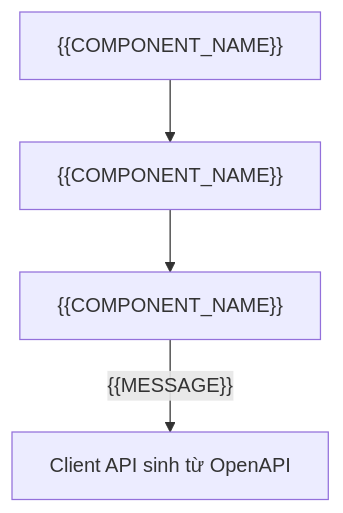
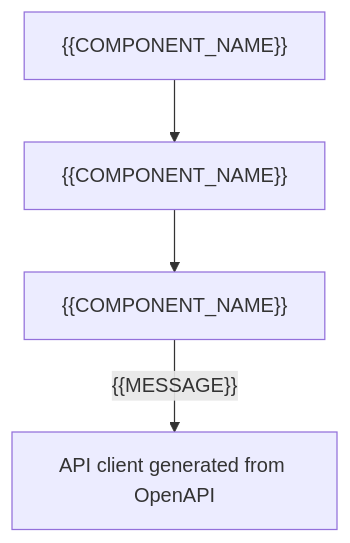
One commit to vuquoctrungbk/specflow changed the third of 3 diagrams in skills/specflow/assets/kit/overlays/frontend-web/architecture-sections.md. Above: the diagram before and after it, drawn with Mermaid. The commit also changed other lines of this file and 100 other files, not shown here.

````diff
--- a/skills/specflow/assets/kit/overlays/frontend-web/architecture-sections.md
+++ b/skills/specflow/assets/kit/overlays/frontend-web/architecture-sections.md
@@ -53,6 +53,6 @@
 ```mermaid
 flowchart TD
     PAGE["{{COMPONENT_NAME}}"] --> SEC["{{COMPONENT_NAME}}"]
     SEC --> FORM["{{COMPONENT_NAME}}"]
-    FORM -->|"{{MESSAGE}}"| APIC["Client API sinh từ OpenAPI"]
+    FORM -->|"{{MESSAGE}}"| APIC["API client generated from OpenAPI"]
 ```
````
